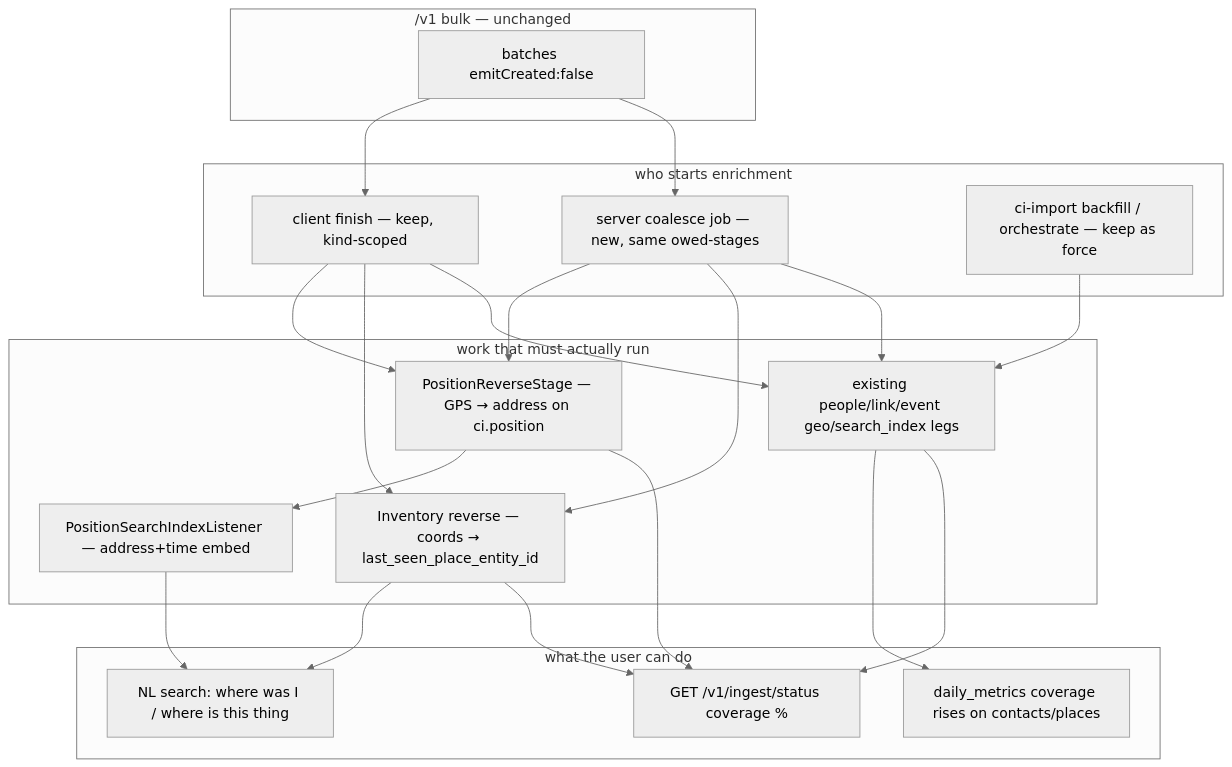
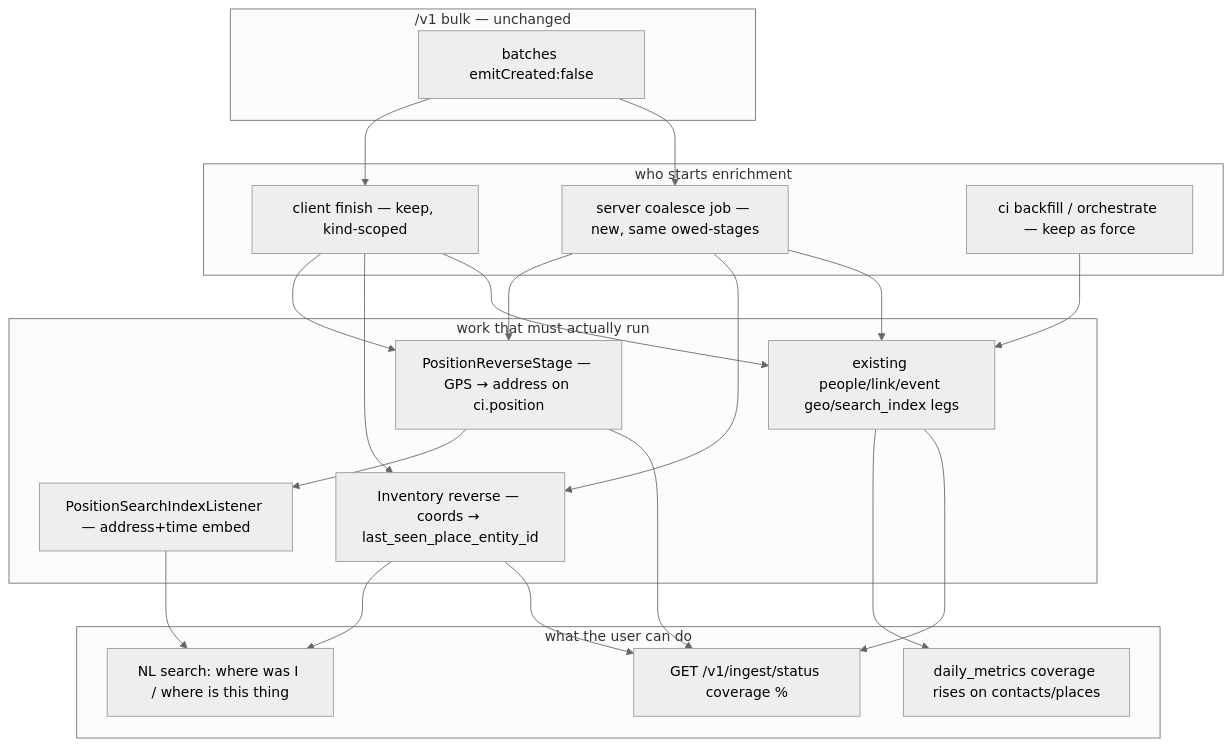
The first of 2 diagrams in docs/architecture/post-ingest-enrichment.md (bennettchamberlain/Requiemv1), drawn with Mermaid (neutral theme) before and after one commit. The commit also changed other lines of this file and 155 other files, not shown here.

````diff
--- a/docs/architecture/post-ingest-enrichment.md
+++ b/docs/architecture/post-ingest-enrichment.md
@@ -206,42 +206,42 @@
 ```mermaid
 flowchart TB
     subgraph Ingest["/v1 bulk — unchanged"]
         B["batches emitCreated:false"]
     end
 
     subgraph Trigger["who starts enrichment"]
         C["client finish — keep, kind-scoped"]
         S["server coalesce job — new, same owed-stages"]
-        O["ci-import backfill / orchestrate — keep as force"]
+        O["ci backfill / orchestrate — keep as force"]
     end
 
     subgraph Work["work that must actually run"]
         P["PositionReverseStage — GPS → address on ci.position"]
         I["Inventory reverse — coords → last_seen_place_entity_id"]
         L["existing people/link/event geo/search_index legs"]
         X["PositionSearchIndexListener — address+time embed"]
     end
 
     subgraph Out["what the user can do"]
         Q["NL search: where was I / where is this thing"]
         M["daily_metrics coverage rises on contacts/places"]
         R["GET /v1/ingest/status coverage %"]
     end
 
     B --> C
     B --> S
     C --> P
     C --> I
     C --> L
     S --> P
     S --> I
     S --> L
     O --> L
     P --> X
     I --> Q
     X --> Q
     L --> M
     P --> R
     I --> R
     L --> R
 ```
````
